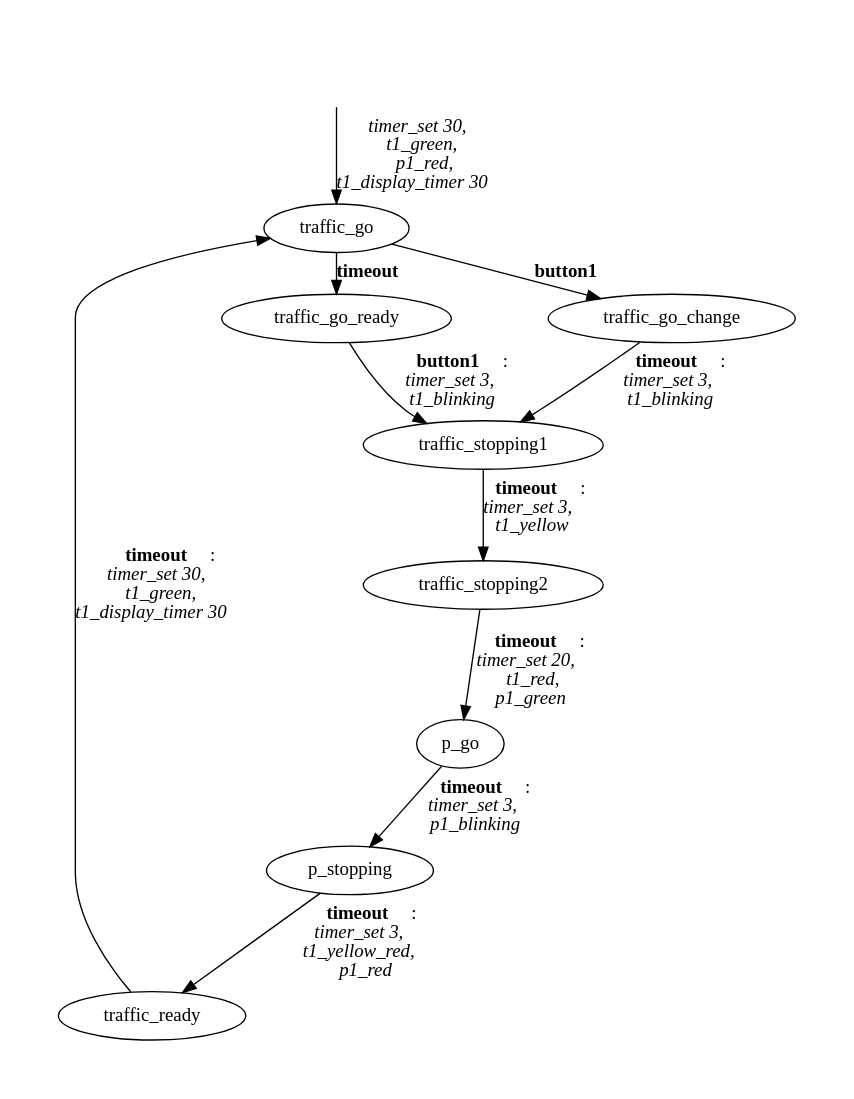
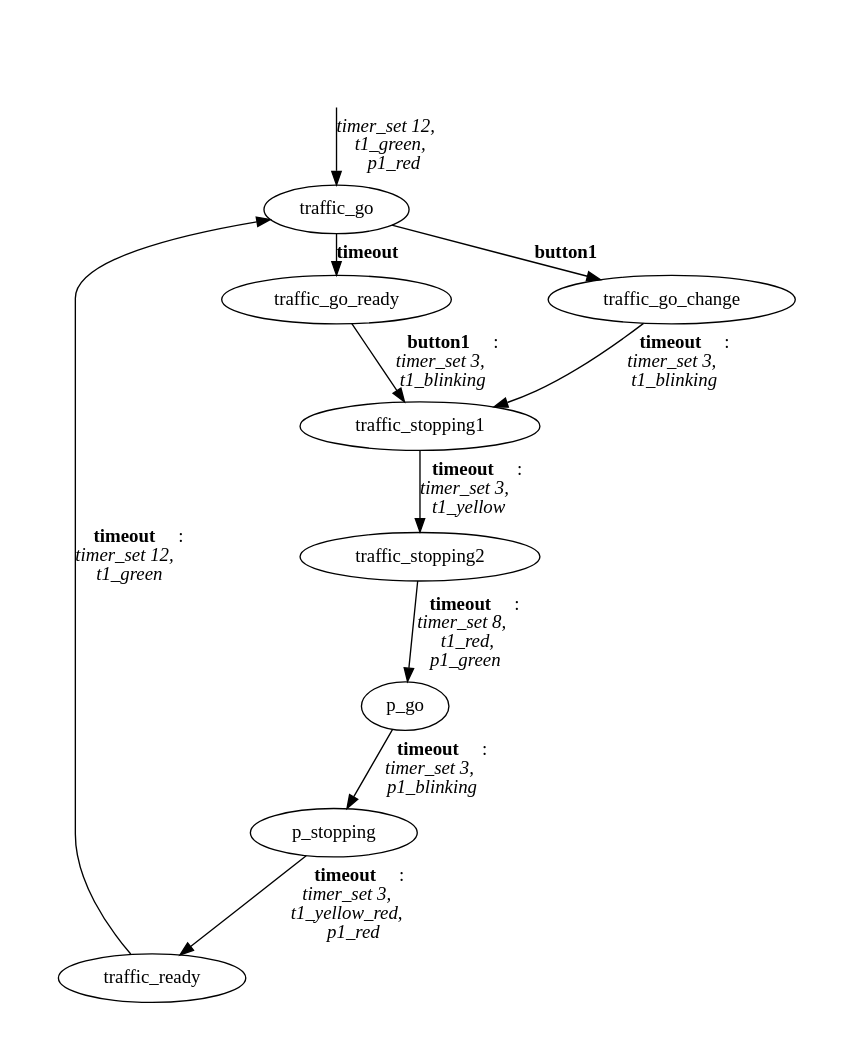
The diagram in finite_automata/transducers/dot_source_files/traffic_lights_btn.dot (SipakovV/fsm-code-generator), drawn with Graphviz before and after one commit. The commit also changed 2 other files, not shown here.

```diff
--- a/finite_automata/transducers/dot_source_files/traffic_lights_btn.dot
+++ b/finite_automata/transducers/dot_source_files/traffic_lights_btn.dot
@@ -1,33 +1,33 @@
 // Traffic lights with button FSM
 digraph G {
 	nodesep=1 pad=0.5 ranksep=0
 	START [style=invis]
 	p_stopping
 	traffic_stopping1
 	traffic_ready
 	p_go
 	traffic_stopping2
 	traffic_go
 	traffic_go_ready
 	traffic_go_change
 	traffic_go -> traffic_go_ready
 	    [label=<<b>timeout</b>>]
 	traffic_go -> traffic_go_change
 	    [label=<<b>button1</b>>]
 	traffic_go_ready -> traffic_stopping1
 	    [label=<<b>button1</b>:<br/><i>timer_set 3,<br/>t1_blinking</i>>]
 	traffic_go_change -> traffic_stopping1
 	    [label=<<b>timeout</b>:<br/><i>timer_set 3,<br/>t1_blinking</i>>]
 	traffic_stopping1 -> traffic_stopping2
 	    [label=<<b>timeout</b>:<br/><i>timer_set 3,<br/>t1_yellow</i>>]
 	traffic_stopping2 -> p_go
-	    [label=<<b>timeout</b>:<br/><i>timer_set 20,<br/>t1_red,<br/>p1_green</i>>]
+	    [label=<<b>timeout</b>:<br/><i>timer_set 8,<br/>t1_red,<br/>p1_green</i>>]
 	p_go -> p_stopping
 	    [label=<<b>timeout</b>:<br/><i>timer_set 3,<br/>p1_blinking</i>>]
 	p_stopping -> traffic_ready
 	    [label=<<b>timeout</b>:<br/><i>timer_set 3,<br/>t1_yellow_red,<br/>p1_red</i>>]
 	traffic_ready -> traffic_go
-	    [label=<<b>timeout</b>:<br/><i>timer_set 30,<br/>t1_green,<br/>t1_display_timer 30</i>>]
+	    [label=<<b>timeout</b>:<br/><i>timer_set 12,<br/>t1_green</i>>]
 	START -> traffic_go
-	    [label=<<i>timer_set 30,<br/>t1_green,<br/>p1_red,<br/>t1_display_timer 30</i>>]
+	    [label=<<i>timer_set 12,<br/>t1_green,<br/>p1_red</i>>]
 }
```
